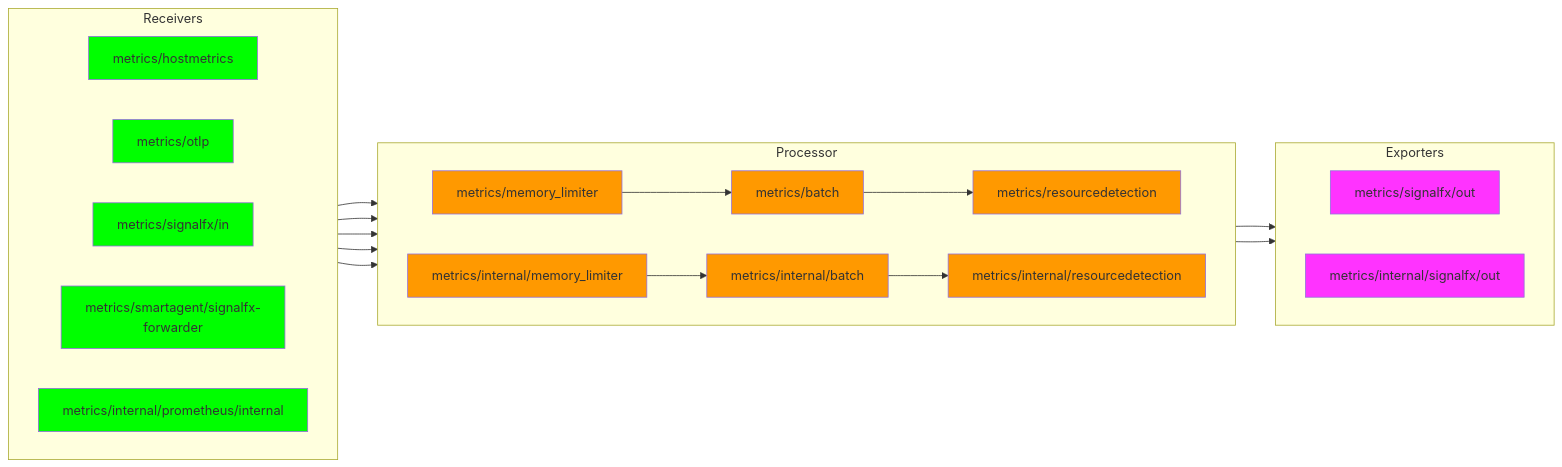
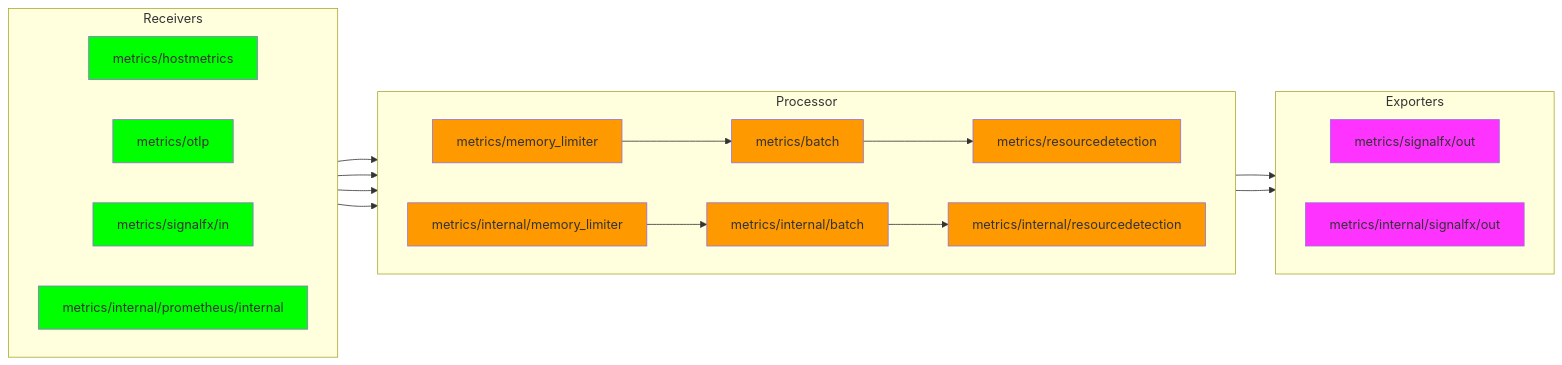
Before and after one commit to splunk/public-o11y-docs: the second of 3 diagrams in gdi/opentelemetry/configure-the-collector-ootb.rst, drawn with Mermaid. The commit also changed other lines of this file and 5 other files, not shown here.

```diff
--- a/gdi/opentelemetry/configure-the-collector-ootb.rst
+++ b/gdi/opentelemetry/configure-the-collector-ootb.rst
@@ -99,44 +99,42 @@
 .. mermaid:: 
 
    flowchart LR
 
       accTitle: Default metric pipeline diagram
       accDescr: Receivers send logs to the metrics/memory_limiter processor. The metrics/memory_limiter processor sends metrics to the batch processor, and the batch processor sends metrics to the resource detection processor. The resource detection processor sends metrics to the exporter. The internal metrics pipeline follows the same steps, but uses internal receivers, processors, and exporters to send metrics. 
 
       %% LR indicates the direction (left-to-right)
 
       %% You can define classes to style nodes and other elements
       classDef receiver fill:#00FF00
       classDef processor fill:#FF9900
       classDef exporter fill:#FF33FF
 
       %% Each subgraph determines what's in each category
       subgraph Receivers
          direction LR
          metrics/hostmetrics:::receiver
          metrics/otlp:::receiver
          metrics/signalfx/in:::receiver
-         metrics/smartagent/signalfx-forwarder:::receiver
          metrics/internal/prometheus/internal:::receiver
       end
 
       subgraph Processor
          direction LR
          metrics/memory_limiter:::processor --> metrics/batch:::processor --> metrics/resourcedetection:::processor
          metrics/internal/memory_limiter:::processor --> metrics/internal/batch:::processor --> metrics/internal/resourcedetection:::processor
       end
 
       subgraph Exporters
          direction LR
          metrics/signalfx/out:::exporter
          metrics/internal/signalfx/out:::exporter
       end
 
       %% Connections beyond categories are added later
       metrics/hostmetrics --> metrics/memory_limiter
       metrics/resourcedetection --> metrics/signalfx/out
       metrics/otlp --> metrics/memory_limiter
       metrics/signalfx/in --> metrics/memory_limiter
-      metrics/smartagent/signalfx-forwarder --> metrics/memory_limiter
       metrics/internal/prometheus/internal --> metrics/internal/memory_limiter
       metrics/internal/resourcedetection --> metrics/internal/signalfx/out
```
